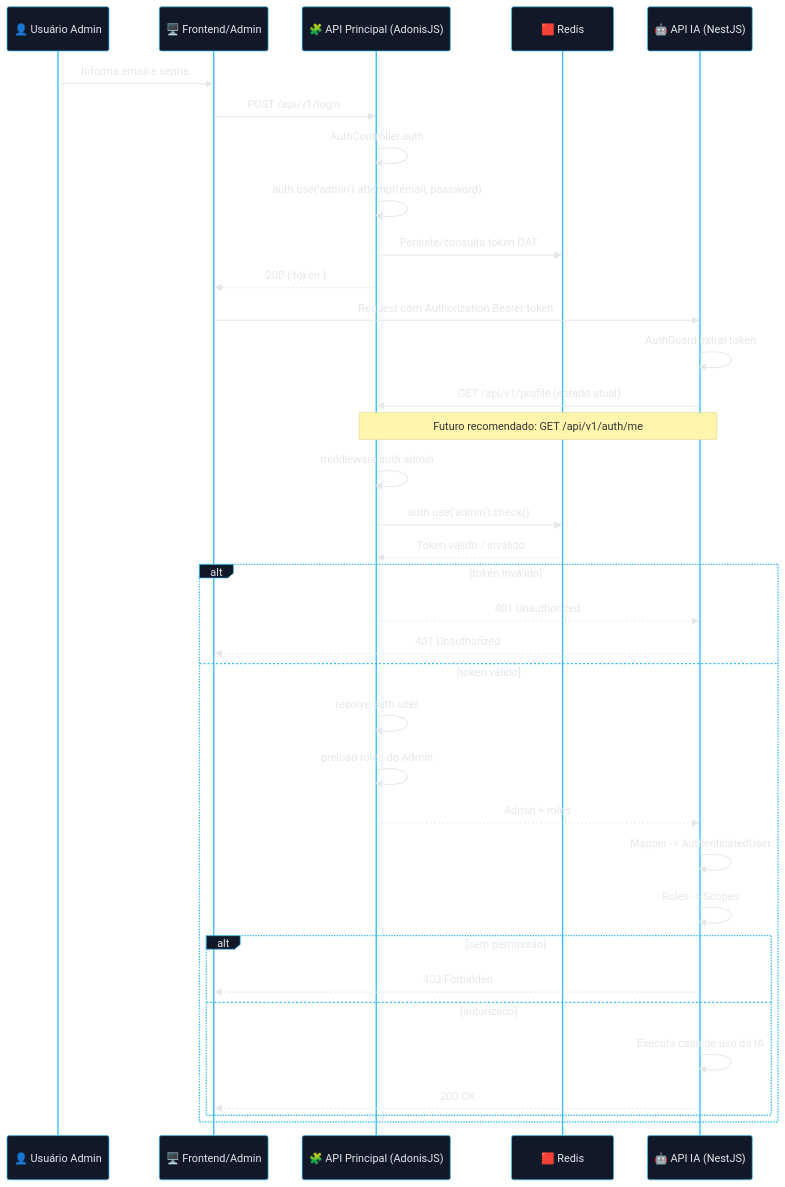
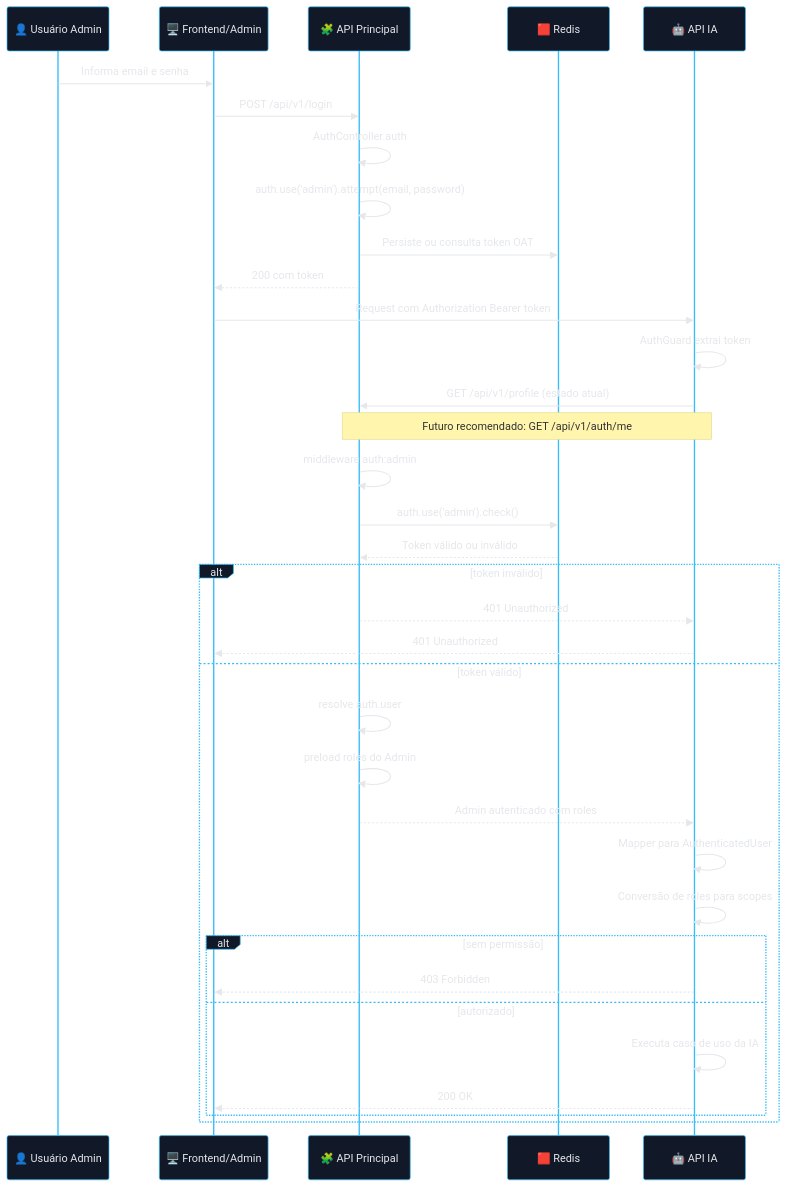
One commit to matheusdiamantino-betalent/IA changed the third of 6 diagrams in RFC-0001-Auth.md. Above: the diagram before and after it, drawn with Mermaid. The commit also changed other lines of this file, not shown here.

````diff
--- a/RFC-0001-Auth.md
+++ b/RFC-0001-Auth.md
@@ -287,56 +288,56 @@
 ```mermaid
 %%{init: {
   "theme": "base",
   "themeVariables": {
     "background": "#0b1020",
     "primaryColor": "#111827",
     "primaryTextColor": "#e5e7eb",
     "primaryBorderColor": "#38bdf8",
     "lineColor": "#38bdf8",
     "secondaryColor": "#172033",
     "secondaryTextColor": "#e2e8f0",
     "tertiaryColor": "#0f172a",
     "tertiaryTextColor": "#f8fafc",
     "fontFamily": "Inter, ui-sans-serif, system-ui, sans-serif"
   }
 }}%%
 sequenceDiagram
     participant U as 👤 Usuário Admin
     participant F as 🖥️ Frontend/Admin
-    participant P as 🧩 API Principal (AdonisJS)
+    participant P as 🧩 API Principal
     participant R as 🟥 Redis
-    participant I as 🤖 API IA (NestJS)
+    participant I as 🤖 API IA
 
     U->>F: Informa email e senha
     F->>P: POST /api/v1/login
     P->>P: AuthController.auth
     P->>P: auth.use('admin').attempt(email, password)
-    P->>R: Persiste/consulta token OAT
-    P-->>F: 200 { token }
+    P->>R: Persiste ou consulta token OAT
+    P-->>F: 200 com token
 
     F->>I: Request com Authorization Bearer token
     I->>I: AuthGuard extrai token
     I->>P: GET /api/v1/profile (estado atual)
     Note over I,P: Futuro recomendado: GET /api/v1/auth/me
     P->>P: middleware auth:admin
     P->>R: auth.use('admin').check()
-    R-->>P: Token válido / inválido
+    R-->>P: Token válido ou inválido
 
     alt token inválido
         P-->>I: 401 Unauthorized
         I-->>F: 401 Unauthorized
     else token válido
         P->>P: resolve auth.user
         P->>P: preload roles do Admin
-        P-->>I: Admin + roles
-        I->>I: Mapper -> AuthenticatedUser
-        I->>I: Roles -> Scopes
+        P-->>I: Admin autenticado com roles
+        I->>I: Mapper para AuthenticatedUser
+        I->>I: Conversão de roles para scopes
 
         alt sem permissão
             I-->>F: 403 Forbidden
         else autorizado
             I->>I: Executa caso de uso da IA
             I-->>F: 200 OK
         end
     end
 ```
````
